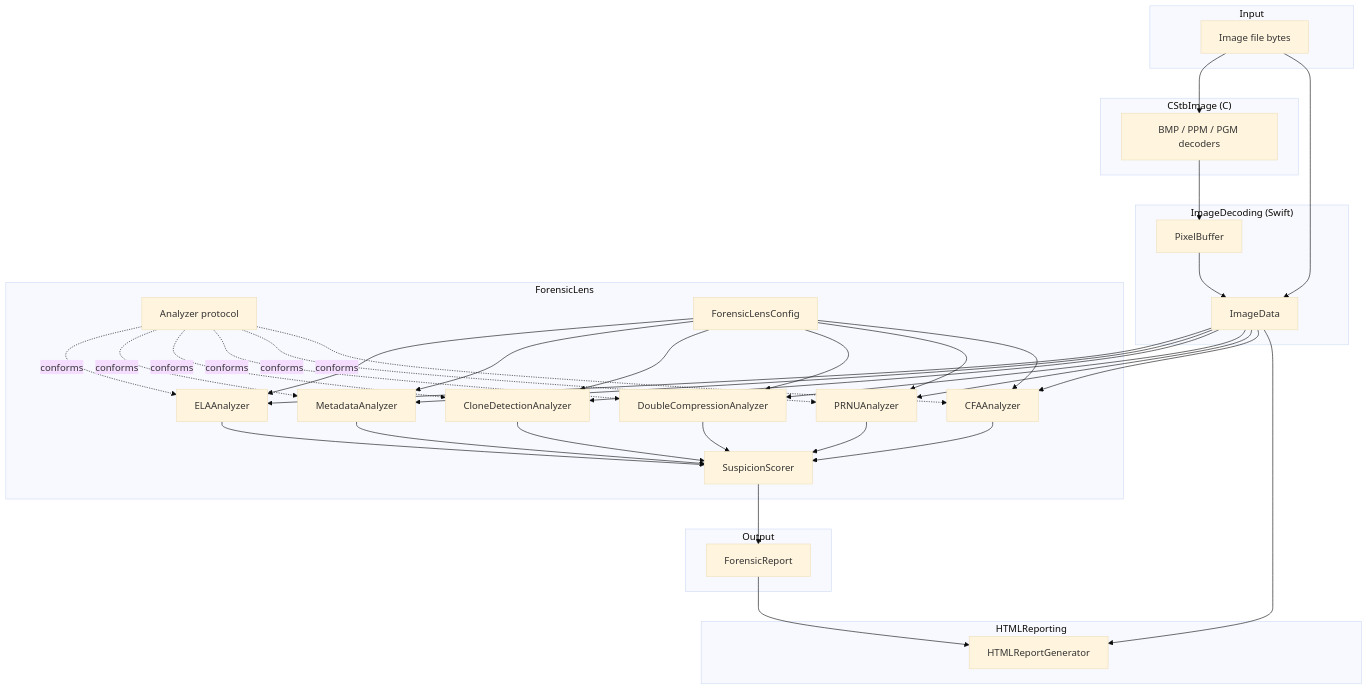
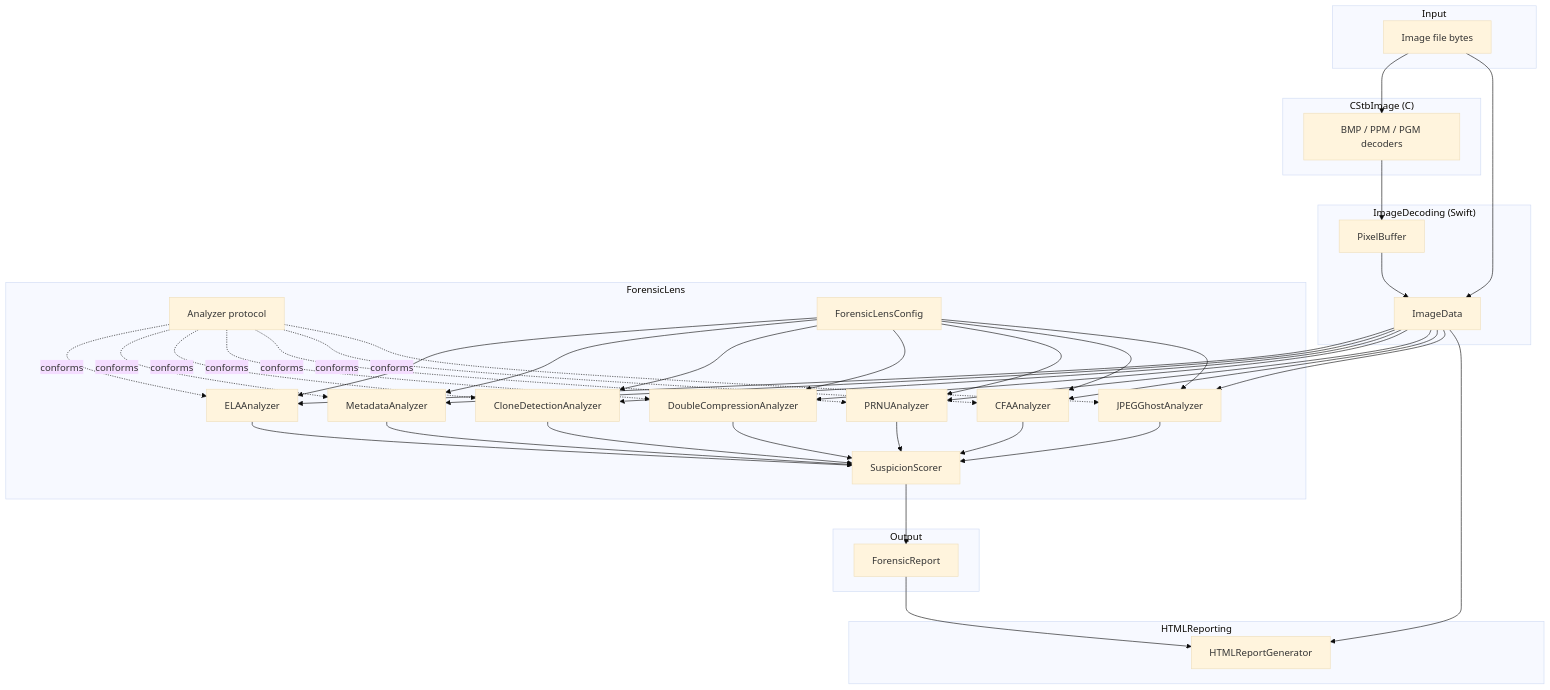
The diagram in README.md (Deipedra34/ForensicLens), drawn with Mermaid (base theme) before and after one commit. The commit also changed other lines of this file and 22 other files, not shown here.

````diff
--- a/README.md
+++ b/README.md
@@ -33,67 +35,72 @@
 ```mermaid
 flowchart TB
     subgraph Input
         File[Image file bytes]
     end
 
     subgraph CStbImage["CStbImage (C)"]
         Decode[BMP / PPM / PGM decoders]
     end
 
     subgraph ImageDecoding["ImageDecoding (Swift)"]
         PixelBuffer[PixelBuffer]
         ImageData[ImageData]
     end
 
     subgraph ForensicLens["ForensicLens"]
         Analyzer["Analyzer protocol"]
         ELA[ELAAnalyzer]
         Meta[MetadataAnalyzer]
         Clone[CloneDetectionAnalyzer]
         DoubleComp[DoubleCompressionAnalyzer]
         PRNU[PRNUAnalyzer]
         CFA[CFAAnalyzer]
+        Ghost[JPEGGhostAnalyzer]
         Scorer[SuspicionScorer]
         Config[ForensicLensConfig]
     end
 
     subgraph Output
         Report[ForensicReport]
     end
 
     subgraph HTMLReporting["HTMLReporting"]
         HTML[HTMLReportGenerator]
     end
 
     File --> Decode
     Decode --> PixelBuffer
     File --> ImageData
     PixelBuffer --> ImageData
     ImageData --> ELA
     ImageData --> Meta
     ImageData --> Clone
     ImageData --> DoubleComp
     ImageData --> PRNU
     ImageData --> CFA
+    ImageData --> Ghost
     Analyzer -.conforms.-> ELA
     Analyzer -.conforms.-> Meta
     Analyzer -.conforms.-> Clone
     Analyzer -.conforms.-> DoubleComp
     Analyzer -.conforms.-> PRNU
     Analyzer -.conforms.-> CFA
+    Analyzer -.conforms.-> Ghost
     Config --> ELA
     Config --> Meta
     Config --> Clone
     Config --> DoubleComp
     Config --> PRNU
     Config --> CFA
+    Config --> Ghost
     ELA --> Scorer
     Meta --> Scorer
     Clone --> Scorer
     DoubleComp --> Scorer
     PRNU --> Scorer
     CFA --> Scorer
+    Ghost --> Scorer
     Scorer --> Report
     Report --> HTML
     ImageData --> HTML
 ```
````
